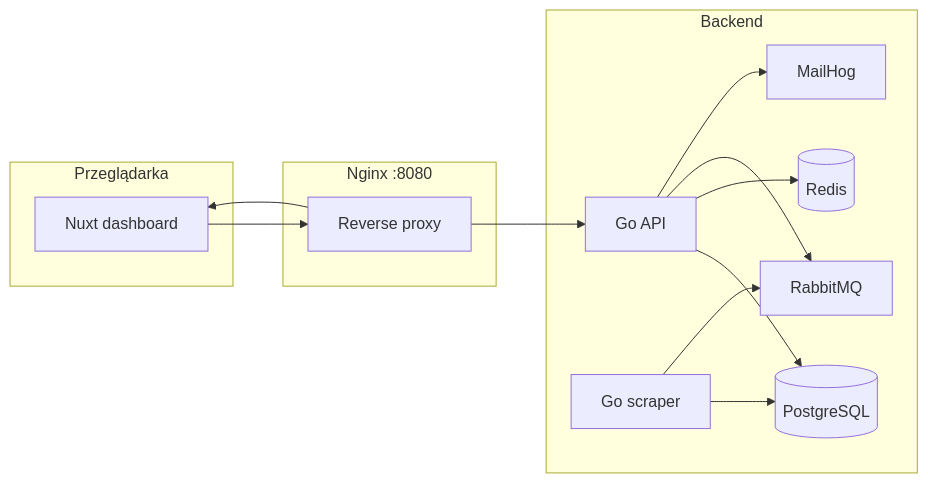
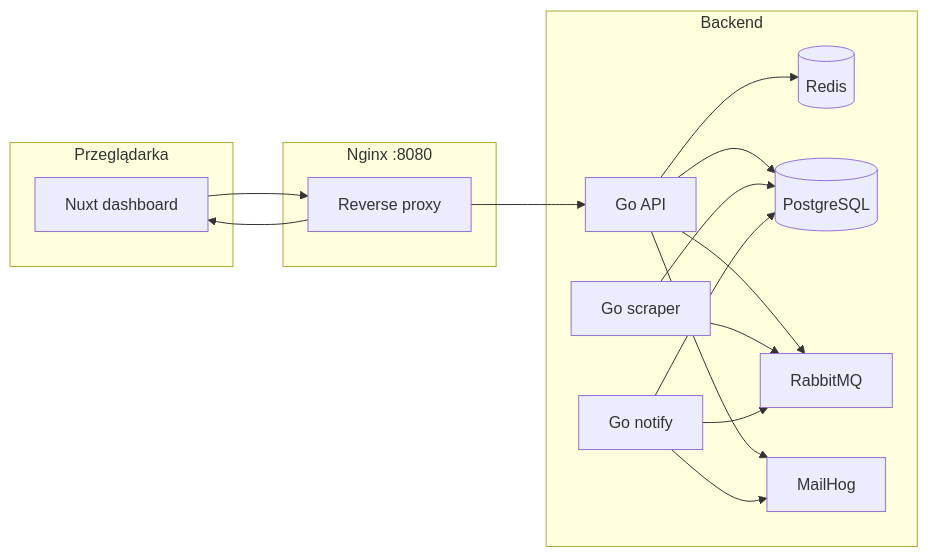
One commit to kopolot/example-wikipedia-scraper changed the diagram in README.md. Above: the diagram before and after it, drawn with Mermaid. The commit also changed other lines of this file and 1 other file, not shown here.

First line of the commit message:
docs: expand README and TODO with notifier architecture details.

````diff
--- a/README.md
+++ b/README.md
@@ -24,26 +25,30 @@
 ```mermaid
 flowchart LR
   subgraph client [Przeglądarka]
     Nuxt[Nuxt dashboard]
   end
   subgraph proxy [Nginx :8080]
     NG[Reverse proxy]
   end
   subgraph backend [Backend]
     API[Go API]
     SCR[Go scraper]
+    NTF[Go notify]
     REDIS[(Redis)]
     PG[(PostgreSQL)]
     RMQ[RabbitMQ]
     MH[MailHog]
   end
   Nuxt --> NG
   NG --> API
   NG --> Nuxt
   API --> PG
   API --> REDIS
   API --> RMQ
   API --> MH
   SCR --> PG
   SCR --> RMQ
+  NTF --> PG
+  NTF --> RMQ
+  NTF --> MH
 ```
````
